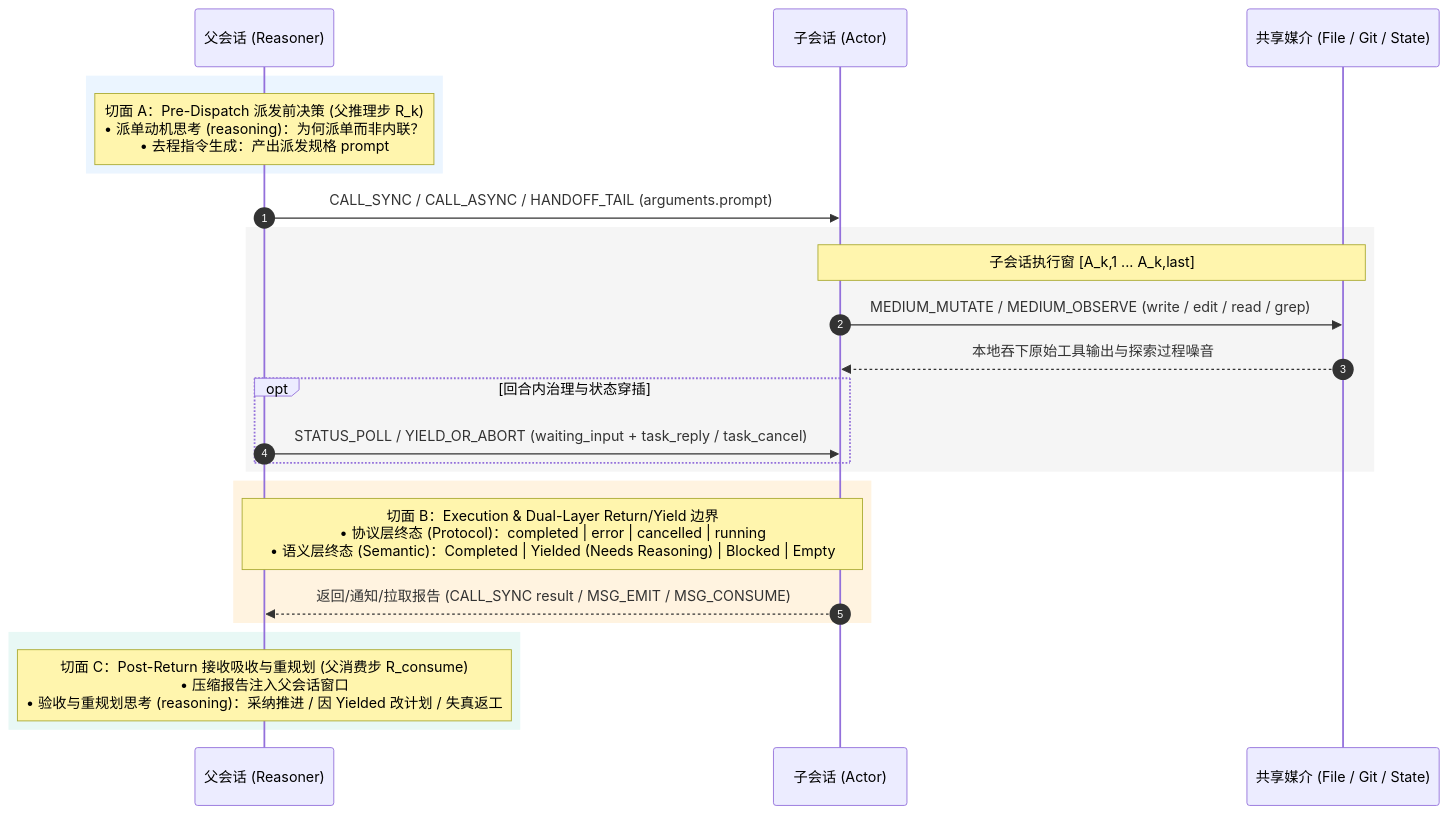
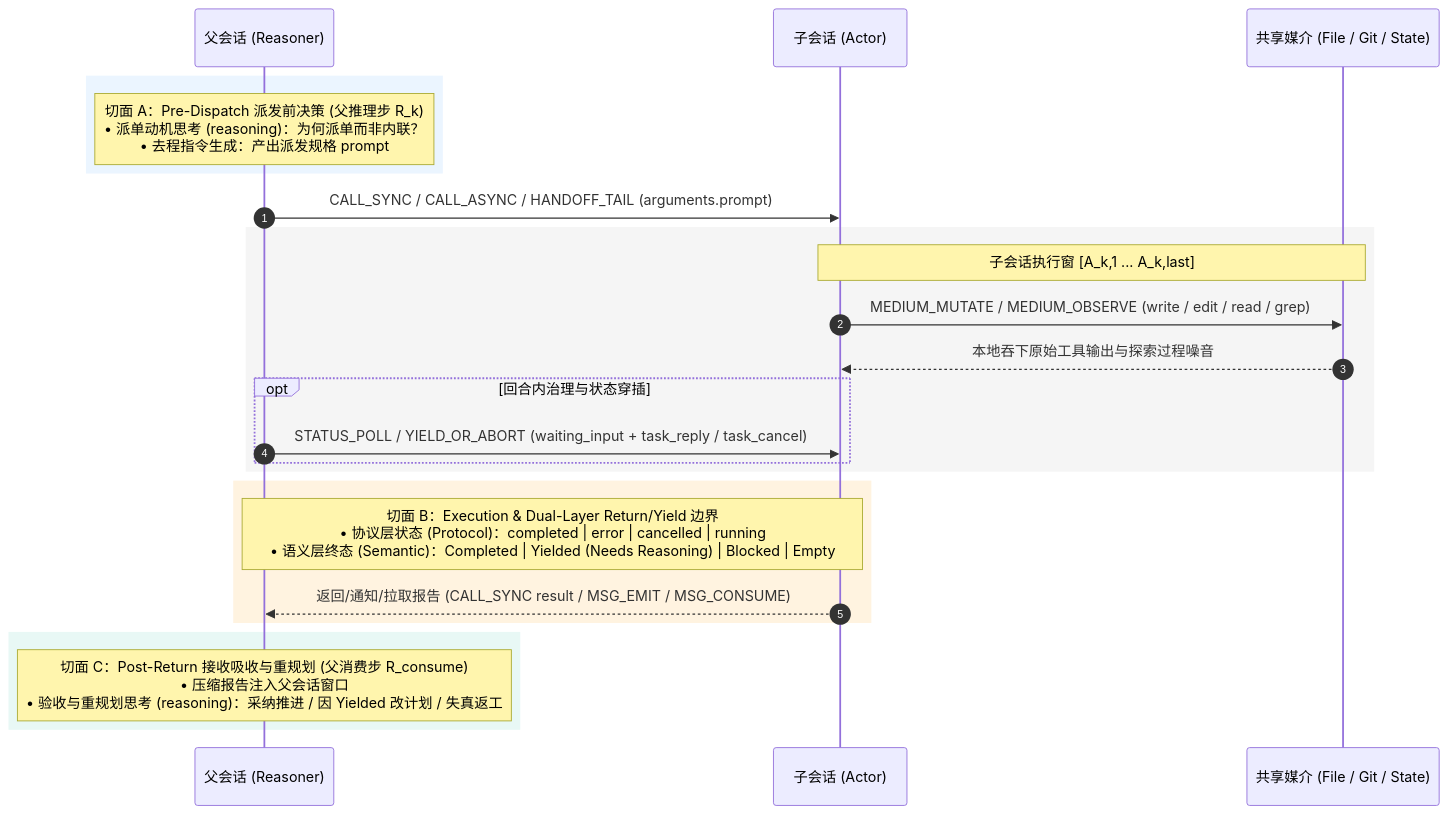
The diagram in reports/react-mode-eval.md (YMoose/react-agent), drawn with Mermaid before and after one commit. The commit also changed other lines of this file and 7 other files, not shown here.

````diff
--- a/reports/react-mode-eval.md
+++ b/reports/react-mode-eval.md
@@ -34,31 +36,31 @@
 ```mermaid
 sequenceDiagram
     autonumber
     participant R as 父会话 (Reasoner)
     participant A as 子会话 (Actor)
     participant M as 共享媒介 (File / Git / State)
 
     rect rgb(235, 245, 255)
     Note over R: 切面 A：Pre-Dispatch 派发前决策 (父推理步 R_k)<br/>• 派单动机思考 (reasoning)：为何派单而非内联？<br/>• 去程指令生成：产出派发规格 prompt
     end
 
     R->>A: CALL_SYNC / CALL_ASYNC / HANDOFF_TAIL (arguments.prompt)
 
     rect rgb(245, 245, 245)
     Note over A,M: 子会话执行窗 [A_k,1 ... A_k,last]
     A->>M: MEDIUM_MUTATE / MEDIUM_OBSERVE (write / edit / read / grep)
     M-->>A: 本地吞下原始工具输出与探索过程噪音
     opt 回合内治理与状态穿插
         R->>A: STATUS_POLL / YIELD_OR_ABORT (waiting_input + task_reply / task_cancel)
     end
     end
 
     rect rgb(255, 243, 224)
-    Note over R,A: 切面 B：Execution & Dual-Layer Return/Yield 边界<br/>• 协议层终态 (Protocol)：completed | error | cancelled | running<br/>• 语义层终态 (Semantic)：Completed | Yielded (Needs Reasoning) | Blocked | Empty
+    Note over R,A: 切面 B：Execution & Dual-Layer Return/Yield 边界<br/>• 协议层状态 (Protocol)：completed | error | cancelled | running<br/>• 语义层终态 (Semantic)：Completed | Yielded (Needs Reasoning) | Blocked | Empty
     A-->>R: 返回/通知/拉取报告 (CALL_SYNC result / MSG_EMIT / MSG_CONSUME)
     end
 
     rect rgb(232, 248, 245)
     Note over R: 切面 C：Post-Return 接收吸收与重规划 (父消费步 R_consume)<br/>• 压缩报告注入父会话窗口<br/>• 验收与重规划思考 (reasoning)：采纳推进 / 因 Yielded 改计划 / 失真返工
     end
 ```
````
